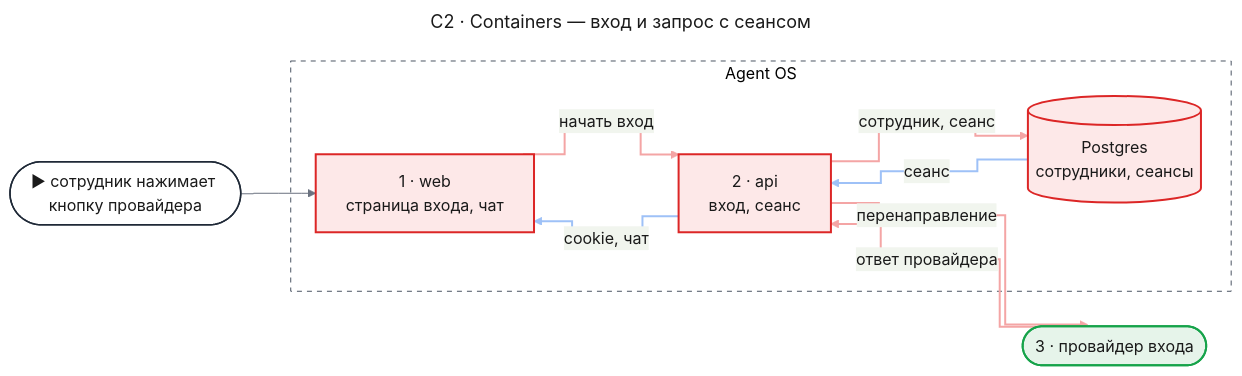
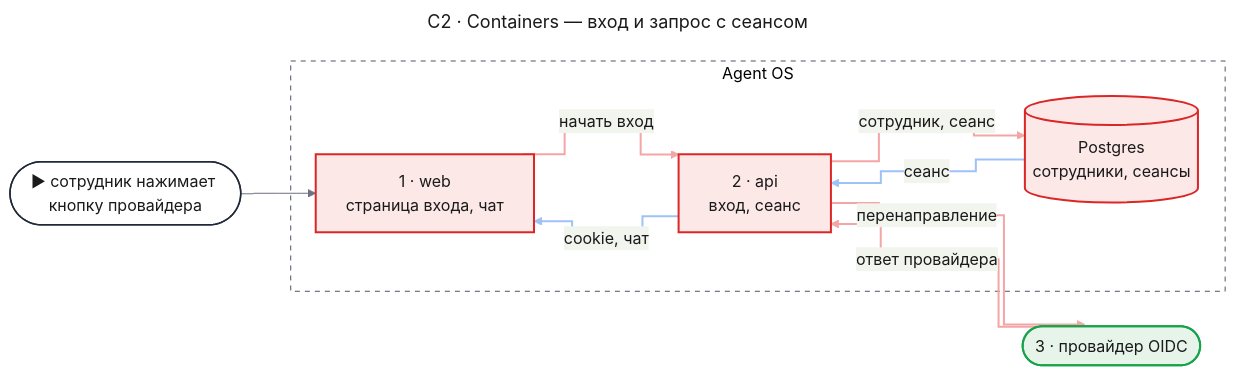
The second of 8 diagrams in docs/features/enterprise-access/design-identity.md (tundraray/agent-os), drawn with Mermaid before and after one commit. The commit also changed other lines of this file and 1 other file, not shown here.

Commit message:
docs(enterprise-access): cut identity to OIDC providers, panel roles and a self-stopping block

````diff
--- a/docs/features/enterprise-access/design-identity.md
+++ b/docs/features/enterprise-access/design-identity.md
@@ -248,53 +231,53 @@
 ```mermaid
 ---
 title: "C2 · Containers — вход и запрос с сеансом"
 config:
   theme: base
   look: classic
   themeVariables:
     primaryColor: "#eef1f5"
     primaryBorderColor: "#4b5563"
     primaryTextColor: "#1a1a1a"
     lineColor: "#6b7280"
   flowchart:
     curve: step
   themeCSS: |
     @keyframes lit_c2{0%,15%{stroke:#991b1b;stroke-width:6px}16.67%,100%{stroke:#f4a5a5;stroke-width:2px}}
     @keyframes litr_c2{0%,15%{stroke:#1d4ed8;stroke-width:6px}16.67%,100%{stroke:#9ec1f7;stroke-width:2px}}
 ---
 flowchart LR
     entry(["▶ сотрудник нажимает кнопку провайдера"])
     subgraph aos["Agent OS"]
         web["1 · web<br/>страница входа, чат"]
         api["2 · api<br/>вход, сеанс"]
         db[("Postgres<br/>сотрудники, сеансы")]
     end
-    idp(["3 · провайдер входа"])
+    idp(["3 · провайдер OIDC"])
     entry --> web
     web e1@-->|"начать вход"| api
     api e2@-->|"перенаправление"| idp
     idp e3@-->|"ответ провайдера"| api
     api e4@-->|"сотрудник, сеанс"| db
     db e5@-->|"сеанс"| api
     api e6@-->|"cookie, чат"| web
     classDef entry fill:#ffffff,stroke:#1f2937,stroke-width:1.5px,color:#1a1a1a
     classDef changed fill:#fde8e8,stroke:#dc2626,stroke-width:2px,color:#1a1a1a
     classDef new fill:#e6f4ea,stroke:#16a34a,stroke-width:2px,color:#1a1a1a
     classDef unchanged fill:#eef1f5,stroke:#4b5563,stroke-width:1.5px,color:#1a1a1a
     classDef w1 stroke:#f4a5a5,stroke-width:2px,animation:lit_c2 7.2s linear 0s infinite
     classDef w2 stroke:#f4a5a5,stroke-width:2px,animation:lit_c2 7.2s linear 1.2s infinite
     classDef w3 stroke:#f4a5a5,stroke-width:2px,animation:lit_c2 7.2s linear 2.4s infinite
     classDef w4 stroke:#f4a5a5,stroke-width:2px,animation:lit_c2 7.2s linear 3.6s infinite
     classDef r1 stroke:#9ec1f7,stroke-width:2px,animation:litr_c2 7.2s linear 4.8s infinite
     classDef r2 stroke:#9ec1f7,stroke-width:2px,animation:litr_c2 7.2s linear 6s infinite
     class entry entry
     class web,api,db changed
     class idp new
     class e1 w1
     class e2 w2
     class e3 w3
     class e4 w4
     class e5 r1
     class e6 r2
     style aos fill:none,stroke:#4b5563,stroke-dasharray:5 5
 ```
````
